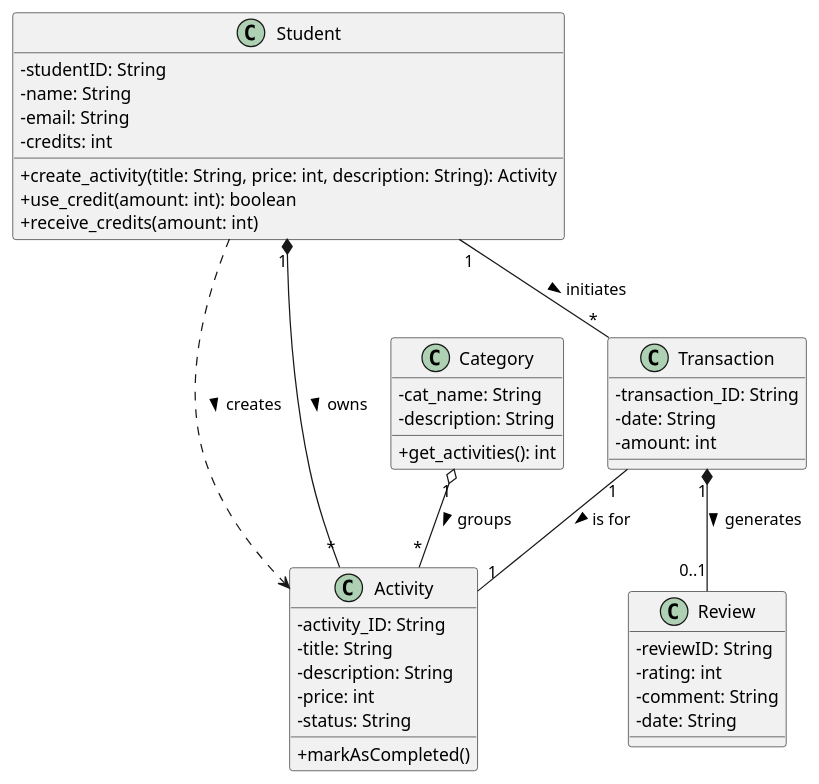
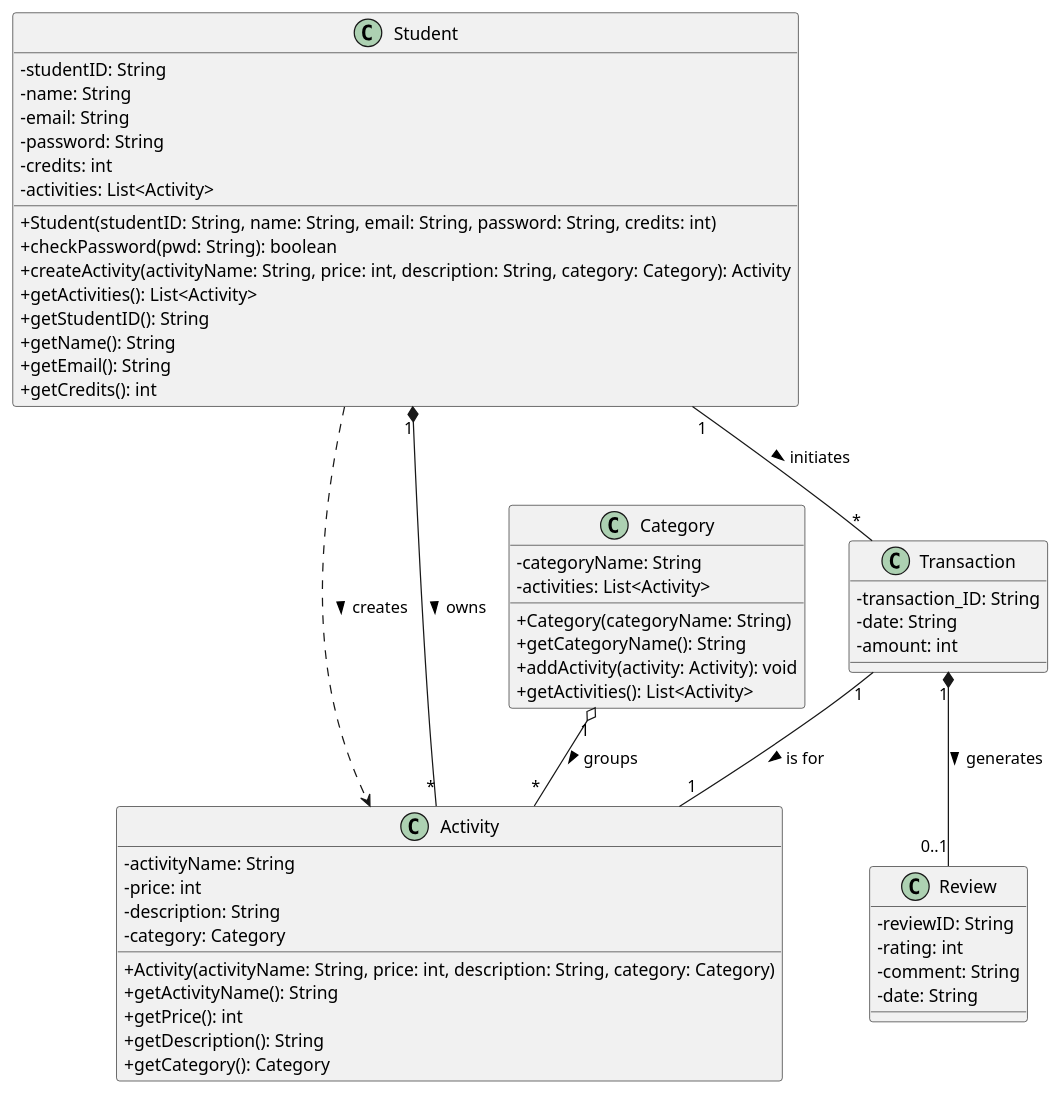
Before and after one commit to Daniel3eConte/SE_Labs_Portfolio: the diagram in Project/UML_class_diagrams_campUStrade.puml, drawn with PlantUML. The commit also changed 4 other files, not shown here.

```diff
--- a/Project/UML_class_diagrams_campUStrade.puml
+++ b/Project/UML_class_diagrams_campUStrade.puml
@@ -1,54 +1,62 @@
 @startuml
 skinparam classAttributeIconSize 0
 
 class Student {
   - studentID: String
   - name: String
   - email: String
+  - password: String
   - credits: int
-  + create_activity(title: String, price: int, description: String): Activity
-  + use_credit(amount: int): boolean
-  + receive_credits(amount: int)
+  - activities: List<Activity>
+  + Student(studentID: String, name: String, email: String, password: String, credits: int)
+  + checkPassword(pwd: String): boolean
+  + createActivity(activityName: String, price: int, description: String, category: Category): Activity
+  + getActivities(): List<Activity>
+  + getStudentID(): String
+  + getName(): String
+  + getEmail(): String
+  + getCredits(): int
 }
 
 class Category {
-  - cat_name: String
-  - description: String
-  + get_activities(): int
+  - categoryName: String
+  - activities: List<Activity>
+  + Category(categoryName: String)
+  + getCategoryName(): String
+  + addActivity(activity: Activity): void
+  + getActivities(): List<Activity>
 }
 
 class Activity {
-  - activity_ID: String
-  - title: String
+  - activityName: String
+  - price: int
   - description: String
-  - price: int
-  - status: String
-  + markAsCompleted()
+  - category: Category
+  + Activity(activityName: String, price: int, description: String, category: Category)
+  + getActivityName(): String
+  + getPrice(): int
+  + getDescription(): String
+  + getCategory(): Category
 }
 
 class Transaction {
   - transaction_ID: String
   - date: String
   - amount: int
 }
 
 class Review {
   - reviewID: String
   - rating: int
   - comment: String
   - date: String
 }
 
 Student "1" *-- "*" Activity : owns >
-
 Category "1" o-- "*" Activity : groups >
-
 Student "1" -- "*" Transaction : initiates >
-
 Transaction "1" -- "1" Activity : is for >
-
 Transaction "1" *-- "0..1" Review : generates >
-
 Student ..> Activity : creates >
 
 @enduml
```
